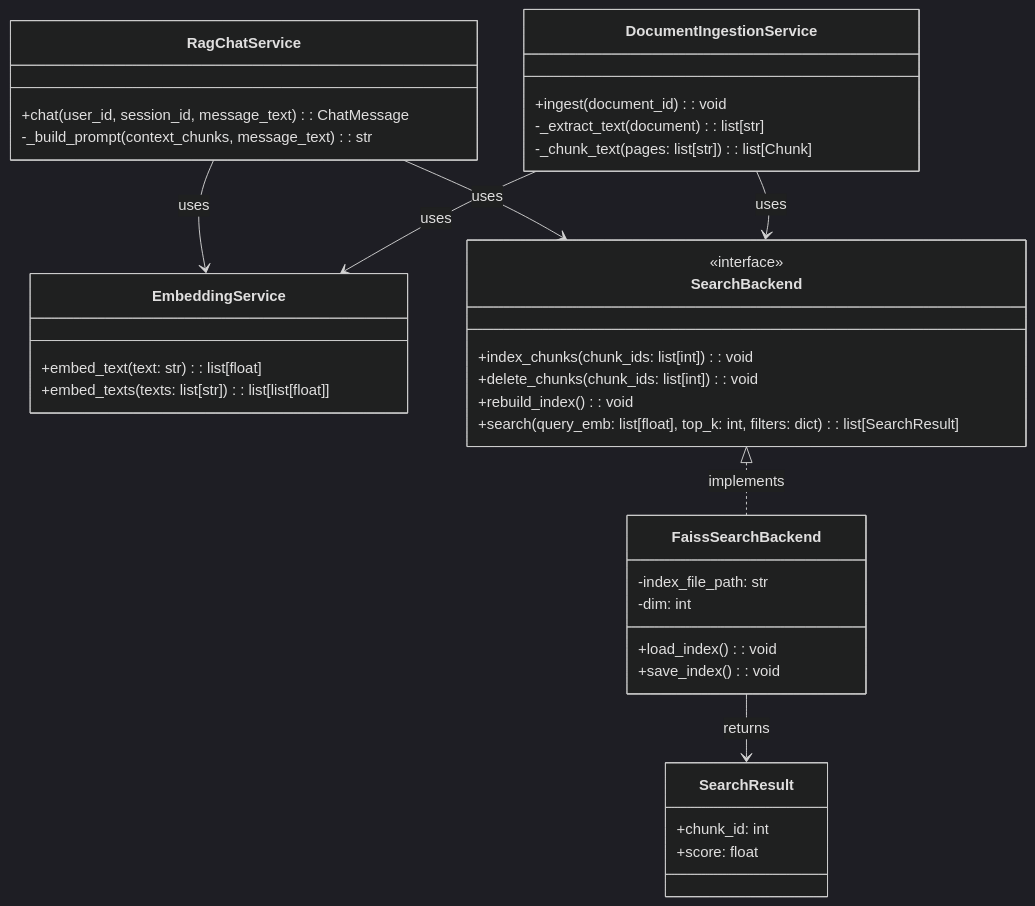
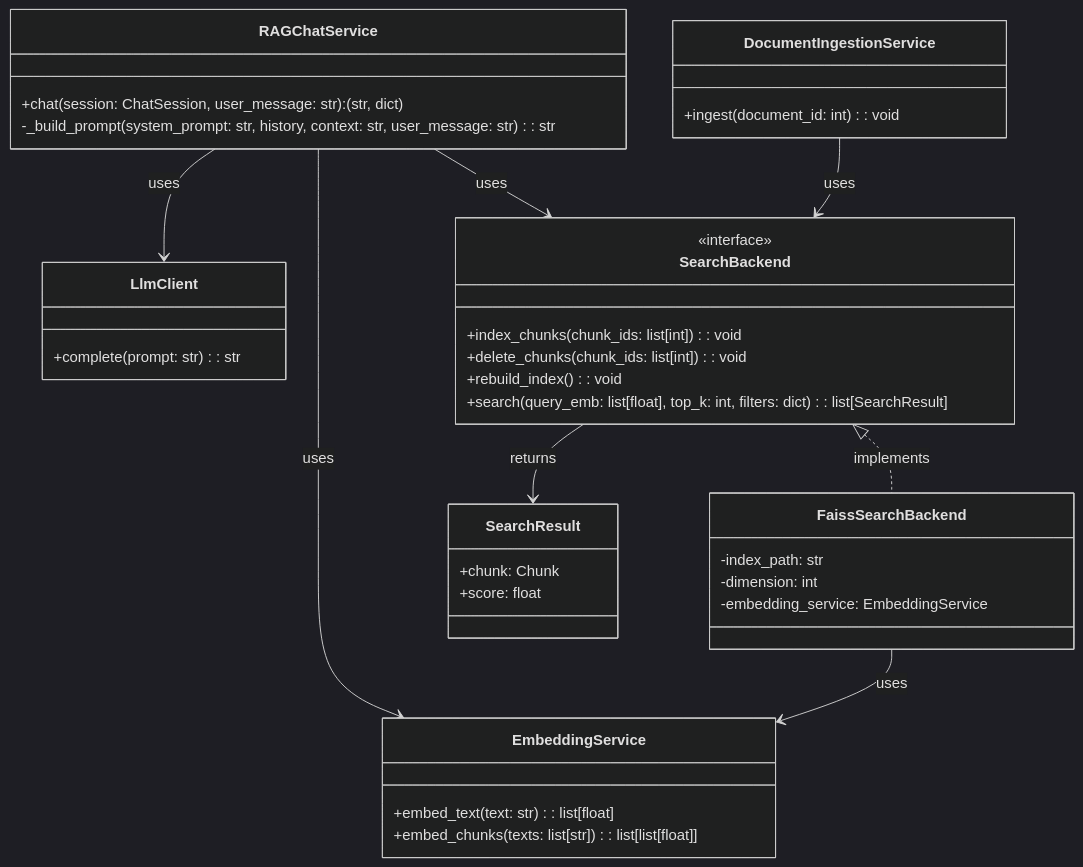
The diagram in docs/クラス図.md (kishika1sei/djangoapp-ragsample), drawn with Mermaid (dark theme) before and after one commit. The commit also changed 22 other files, not shown here.

Commit message:
feat: RAG-backend

````diff
--- a/docs/クラス図.md
+++ b/docs/クラス図.md
@@ -5,50 +5,55 @@
 ```mermaid
 classDiagram
 
-class RagChatService {
-    +chat(user_id, session_id, message_text): ChatMessage
-    -_build_prompt(context_chunks, message_text): str
+class RAGChatService {
+    +chat(session: ChatSession, user_message: str): (str, dict)
+    -_build_prompt(system_prompt: str, history, context: str, user_message: str): str
 }
 
 class DocumentIngestionService {
-    +ingest(document_id): void
-    -_extract_text(document): list[str]
-    -_chunk_text(pages: list[str]): list[Chunk]
+    +ingest(document_id: int): void
 }
 
 class EmbeddingService {
     +embed_text(text: str): list[float]
-    +embed_texts(texts: list[str]): list[list[float]]
+    +embed_chunks(texts: list[str]): list[list[float]]
+}
+
+class LlmClient {
+    +complete(prompt: str): str
 }
 
 class SearchBackend {
     <<interface>>
     +index_chunks(chunk_ids: list[int]): void
     +delete_chunks(chunk_ids: list[int]): void
     +rebuild_index(): void
     +search(query_emb: list[float], top_k: int, filters: dict): list[SearchResult]
 }
 
 class FaissSearchBackend {
-    -index_file_path: str
-    -dim: int
-    +load_index(): void
-    +save_index(): void
+    -index_path: str
+    -dimension: int
+    -embedding_service: EmbeddingService
 }
 
 class SearchResult {
-    +chunk_id: int
+    +chunk: Chunk
     +score: float
 }
 
 %% 関係
 
-RagChatService --> EmbeddingService : uses
-RagChatService --> SearchBackend : uses
-DocumentIngestionService --> EmbeddingService : uses
+RAGChatService --> SearchBackend : uses
+RAGChatService --> EmbeddingService : uses
+RAGChatService --> LlmClient : uses
+
 DocumentIngestionService --> SearchBackend : uses
 
 SearchBackend <|.. FaissSearchBackend : implements
-FaissSearchBackend --> SearchResult : returns
+FaissSearchBackend --> EmbeddingService : uses
+
+SearchBackend --> SearchResult : returns
+
 
 ```
````
